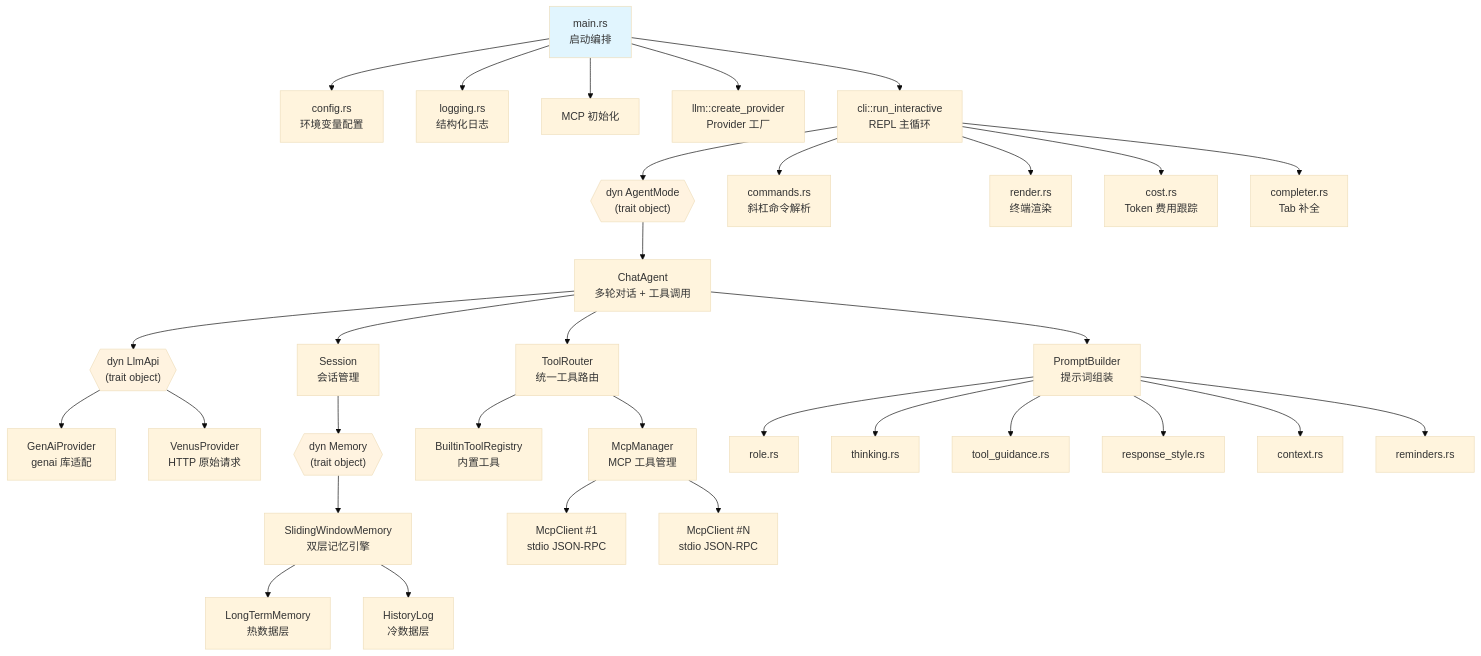
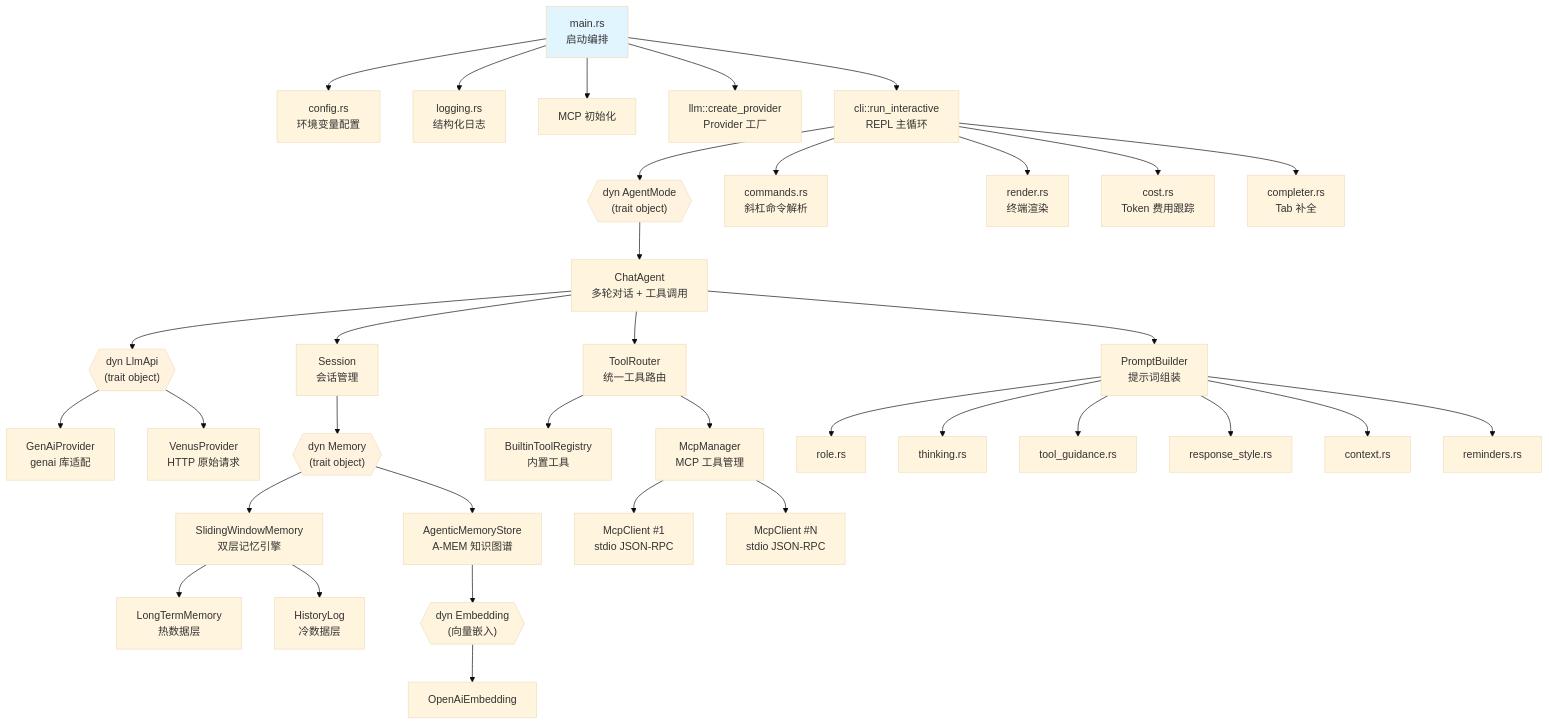
The diagram in ARCHITECTURE.md (darkinsky/daedalus), drawn with Mermaid (base theme) before and after one commit. The commit also changed other lines of this file and 25 other files, not shown here.

````diff
--- a/ARCHITECTURE.md
+++ b/ARCHITECTURE.md
@@ -9,46 +9,50 @@
 ```mermaid
 graph TD
     Main[main.rs<br/>启动编排] --> Config[config.rs<br/>环境变量配置]
     Main --> Logging[logging.rs<br/>结构化日志]
     Main --> McpInit[MCP 初始化]
     Main --> LlmFactory[llm::create_provider<br/>Provider 工厂]
     Main --> CLI[cli::run_interactive<br/>REPL 主循环]
 
     CLI --> AgentMode{{"dyn AgentMode<br/>(trait object)"}}
     CLI --> Commands[commands.rs<br/>斜杠命令解析]
     CLI --> Render[render.rs<br/>终端渲染]
     CLI --> Cost[cost.rs<br/>Token 费用跟踪]
     CLI --> Completer[completer.rs<br/>Tab 补全]
 
     AgentMode --> ChatAgent[ChatAgent<br/>多轮对话 + 工具调用]
     ChatAgent --> LlmApi{{"dyn LlmApi<br/>(trait object)"}}
     ChatAgent --> Session[Session<br/>会话管理]
     ChatAgent --> ToolRouter[ToolRouter<br/>统一工具路由]
     ChatAgent --> PromptBuilder[PromptBuilder<br/>提示词组装]
 
     ToolRouter --> BuiltinTools[BuiltinToolRegistry<br/>内置工具]
     ToolRouter --> McpManager[McpManager<br/>MCP 工具管理]
 
     LlmApi --> GenAi[GenAiProvider<br/>genai 库适配]
     LlmApi --> Venus[VenusProvider<br/>HTTP 原始请求]
 
     Session --> Memory{{"dyn Memory<br/>(trait object)"}}
     Memory --> SlidingWindow[SlidingWindowMemory<br/>双层记忆引擎]
     SlidingWindow --> LTM[LongTermMemory<br/>热数据层]
     SlidingWindow --> HistoryLog[HistoryLog<br/>冷数据层]
 
+    Memory --> AgenticMem[AgenticMemoryStore<br/>A-MEM 知识图谱]
+    AgenticMem --> EmbeddingTrait{{"dyn Embedding<br/>(向量嵌入)"}}
+    EmbeddingTrait --> OpenAiEmbed[OpenAiEmbedding]
+
     McpManager --> McpClient1[McpClient #1<br/>stdio JSON-RPC]
     McpManager --> McpClient2[McpClient #N<br/>stdio JSON-RPC]
 
     PromptBuilder --> RoleSection[role.rs]
     PromptBuilder --> ThinkingSection[thinking.rs]
     PromptBuilder --> ToolSection[tool_guidance.rs]
     PromptBuilder --> StyleSection[response_style.rs]
     PromptBuilder --> ContextSection[context.rs]
     PromptBuilder --> RemindersSection[reminders.rs]
 
     style Main fill:#e1f5fe
     style AgentMode fill:#fff3e0
     style LlmApi fill:#fff3e0
     style Memory fill:#fff3e0
 ```
````
